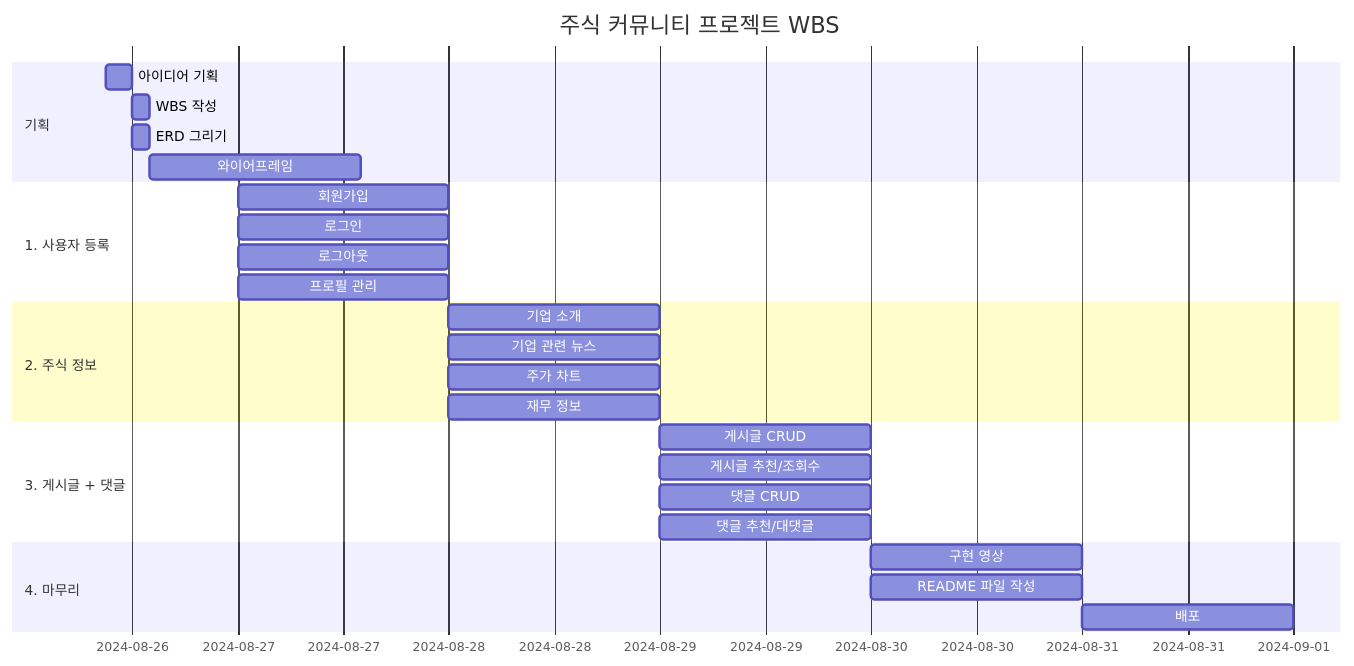
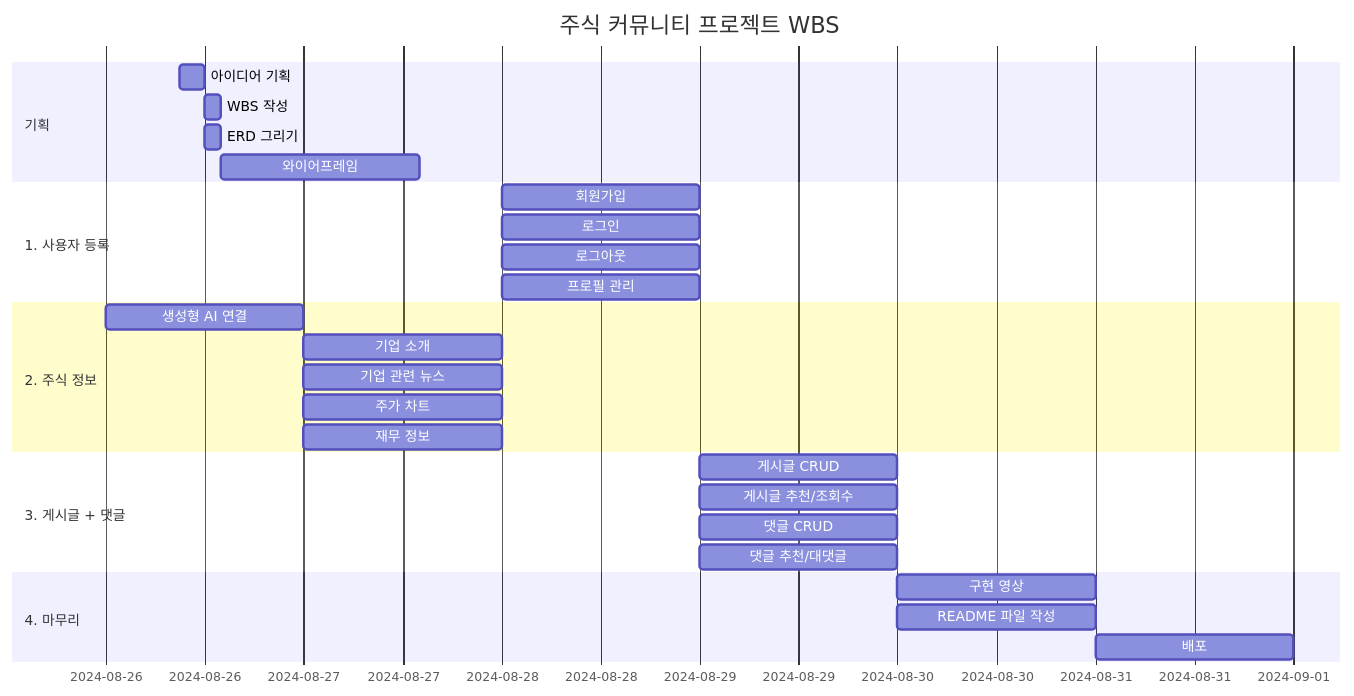
One commit to Donggyu-Kim1/stalk changed the first of 3 diagrams in README.md. Above: the diagram before and after it, drawn with Mermaid. The commit also changed other lines of this file, not shown here.

Commit message:
readme 변경

````diff
--- a/README.md
+++ b/README.md
@@ -191,34 +192,35 @@
 ```mermaid
 gantt
     title 주식 커뮤니티 프로젝트 WBS
     dateFormat  YYYY-MM-DD HH:mm
 
     section 기획
     아이디어 기획      :2024-08-26 09:00, 3h
     WBS 작성          :2024-08-26 12:00, 2h
     ERD 그리기         :2024-08-26 12:00, 2h
     와이어프레임        :2024-08-26 14:00, 1d
 
     section 1. 사용자 등록
-    회원가입           :2024-08-27, 1d
-    로그인             :2024-08-27, 1d
-    로그아웃           :2024-08-27, 1d
-    프로필 관리         :2024-08-27, 1d
+    회원가입           :2024-08-28, 1d
+    로그인             :2024-08-28, 1d
+    로그아웃           :2024-08-28, 1d
+    프로필 관리         :2024-08-28, 1d
 
     section 2. 주식 정보
-    기업 소개          :2024-08-28, 1d
-    기업 관련 뉴스      :2024-08-28, 1d
-    주가 차트          :2024-08-28, 1d
-    재무 정보          :2024-08-28, 1d
+    생성형 AI 연결     :2024-08-26, 1d
+    기업 소개          :2024-08-27, 1d
+    기업 관련 뉴스      :2024-08-27, 1d
+    주가 차트          :2024-08-27, 1d
+    재무 정보          :2024-08-27, 1d
 
     section 3. 게시글 + 댓글
     게시글 CRUD        :2024-08-29, 1d
     게시글 추천/조회수   :2024-08-29, 1d
     댓글 CRUD          :2024-08-29, 1d
     댓글 추천/대댓글     :2024-08-29, 1d
 
     section 4. 마무리
     구현 영상          :2024-08-30, 1d
     README 파일 작성   :2024-08-30, 1d
     배포              :2024-08-31, 1d
 ```
````
